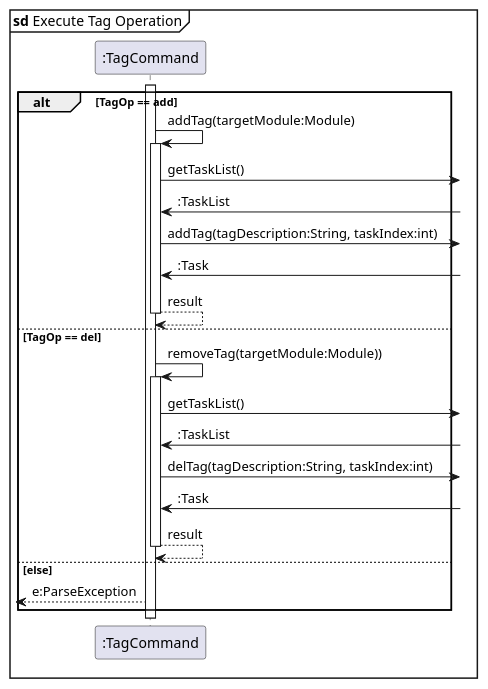
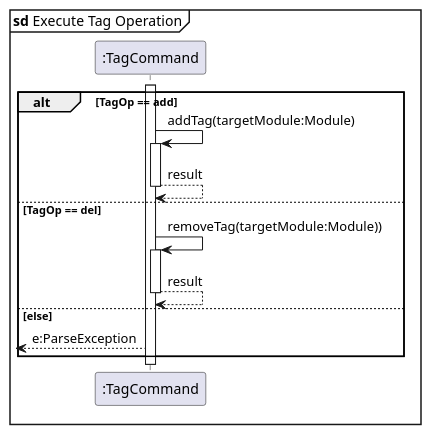
The diagram in docs/TagSeqDiagram/ExecuteTagOp.puml (nus-cs2113-AY2122S2/tp), drawn with PlantUML before and after one commit. The commit also changed 2 other files, not shown here.

Commit message:
Update Sequence Diagrams

```diff
--- a/docs/TagSeqDiagram/ExecuteTagOp.puml
+++ b/docs/TagSeqDiagram/ExecuteTagOp.puml
@@ -1,34 +1,26 @@
 @startuml
 'https://plantuml.com/sequence-diagram
 
 skinparam shadowing false
 participant ":TagCommand" as TagCommand
 
 mainframe **sd** Execute Tag Operation
 
 activate TagCommand
 
 alt TagOp == add
 TagCommand -> TagCommand:addTag(targetModule:Module)
 activate TagCommand
-TagCommand ->] :getTaskList()
-TagCommand <-] ::TaskList
-TagCommand ->] :addTag(tagDescription:String, taskIndex:int)
-TagCommand <-] ::Task
 return result
 
 else TagOp == del
 TagCommand -> TagCommand:removeTag(targetModule:Module))
 activate TagCommand
-TagCommand ->] :getTaskList()
-TagCommand <-] ::TaskList
-TagCommand ->] :delTag(tagDescription:String, taskIndex:int)
-TagCommand <-] ::Task
 return result
 
 else else
 [<-- TagCommand:e:ParseException
 
 end
 
 @enduml
```
